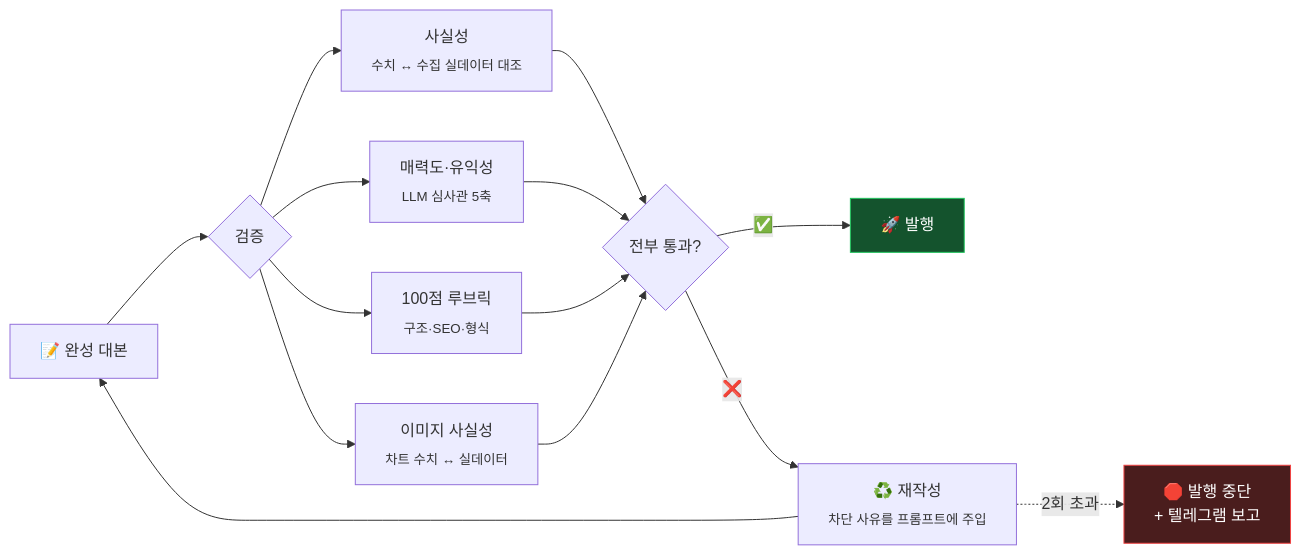
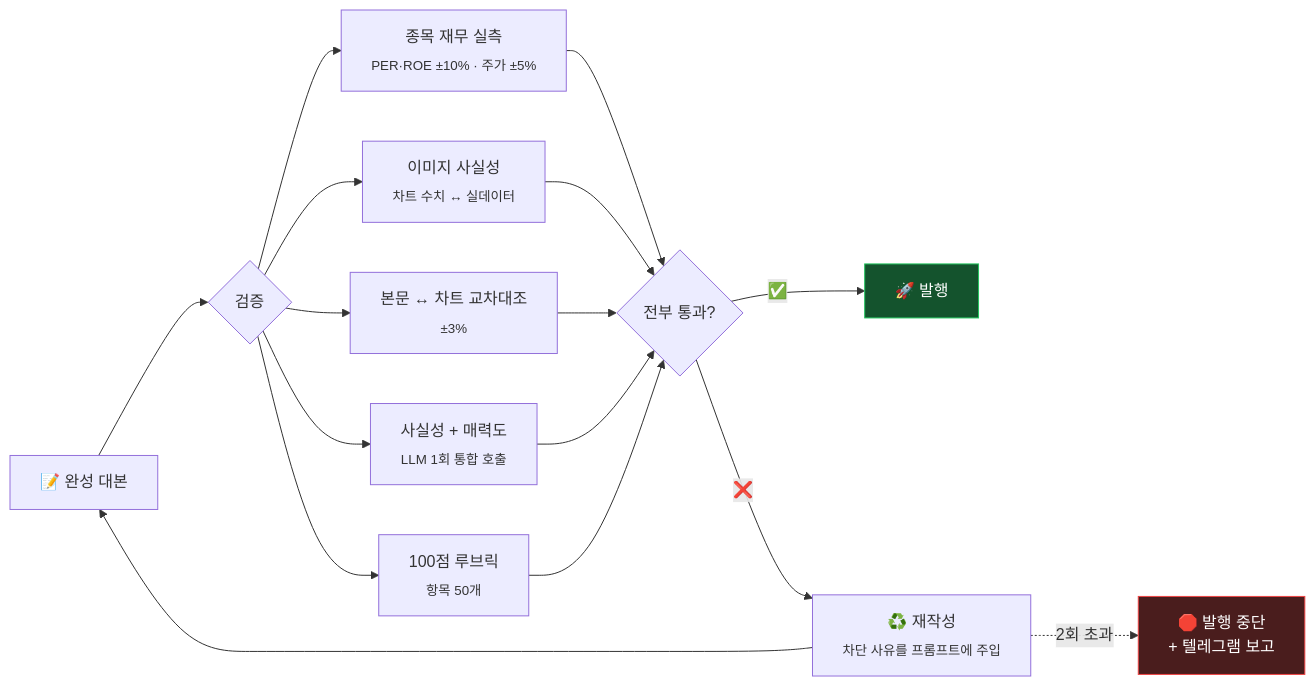
One commit to youandi3535/jarvis-agent changed the fourth of 7 diagrams in README.md. Above: the diagram before and after it, drawn with Mermaid. The commit also changed other lines of this file, not shown here.

````diff
--- a/README.md
+++ b/README.md
@@ -176,17 +189,18 @@
 ```mermaid
 flowchart LR
     D["📝 완성 대본"] --> V{"검증"}
-    V --> F["사실성<br/><sub>수치 ↔ 수집 실데이터 대조</sub>"]
-    V --> E["매력도·유익성<br/><sub>LLM 심사관 5축</sub>"]
-    V --> S["100점 루브릭<br/><sub>구조·SEO·형식</sub>"]
+    V --> F["종목 재무 실측<br/><sub>PER·ROE ±10% · 주가 ±5%</sub>"]
     V --> M["이미지 사실성<br/><sub>차트 수치 ↔ 실데이터</sub>"]
+    V --> X["본문 ↔ 차트 교차대조<br/><sub>±3%</sub>"]
+    V --> E["사실성 + 매력도<br/><sub>LLM 1회 통합 호출</sub>"]
+    V --> S["100점 루브릭<br/><sub>항목 50개</sub>"]
 
-    F & E & S & M --> J{"전부 통과?"}
+    F & M & X & E & S --> J{"전부 통과?"}
     J -- "✅" --> PUB["🚀 발행"]
     J -- "❌" --> RW["♻️ 재작성<br/><sub>차단 사유를 프롬프트에 주입</sub>"]
     RW --> D
     RW -. "2회 초과" .-> STOP["🛑 발행 중단<br/>+ 텔레그램 보고"]
 
     style PUB fill:#14532d,stroke:#22c55e,color:#fff
     style STOP fill:#4a1d1d,stroke:#ef4444,color:#fff
 ```
````
